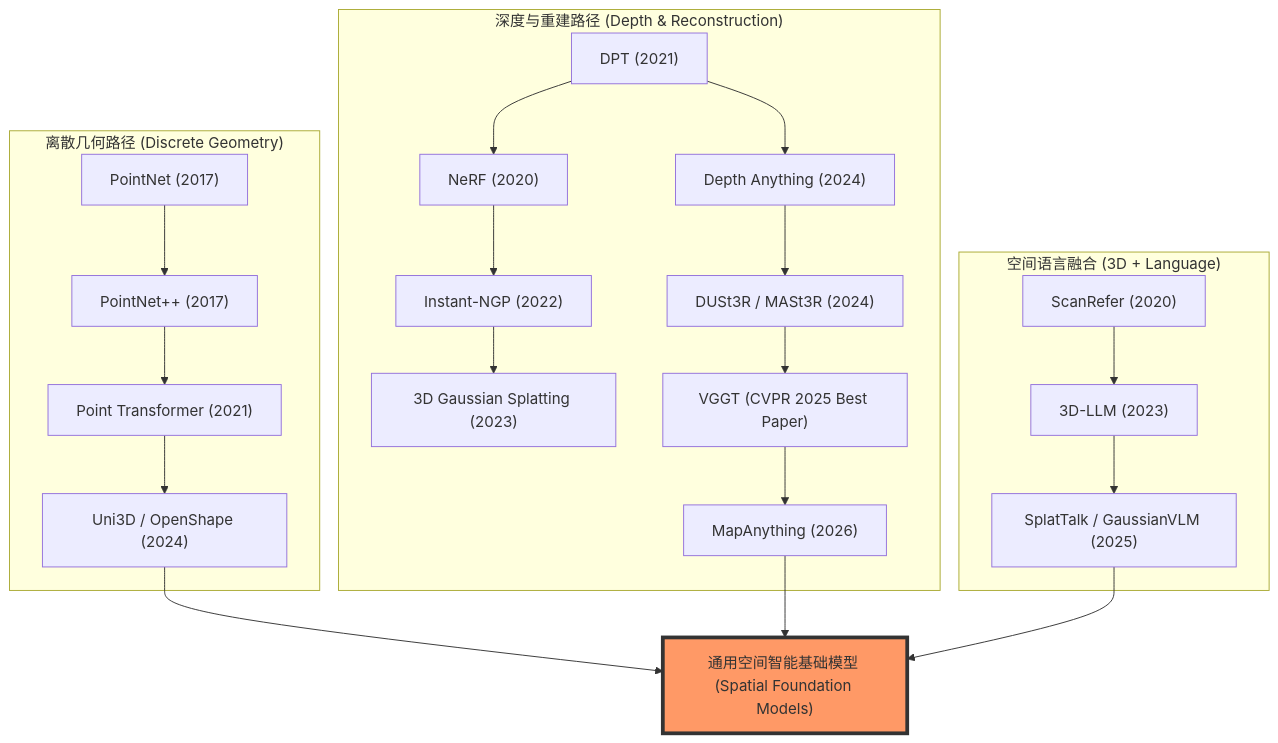
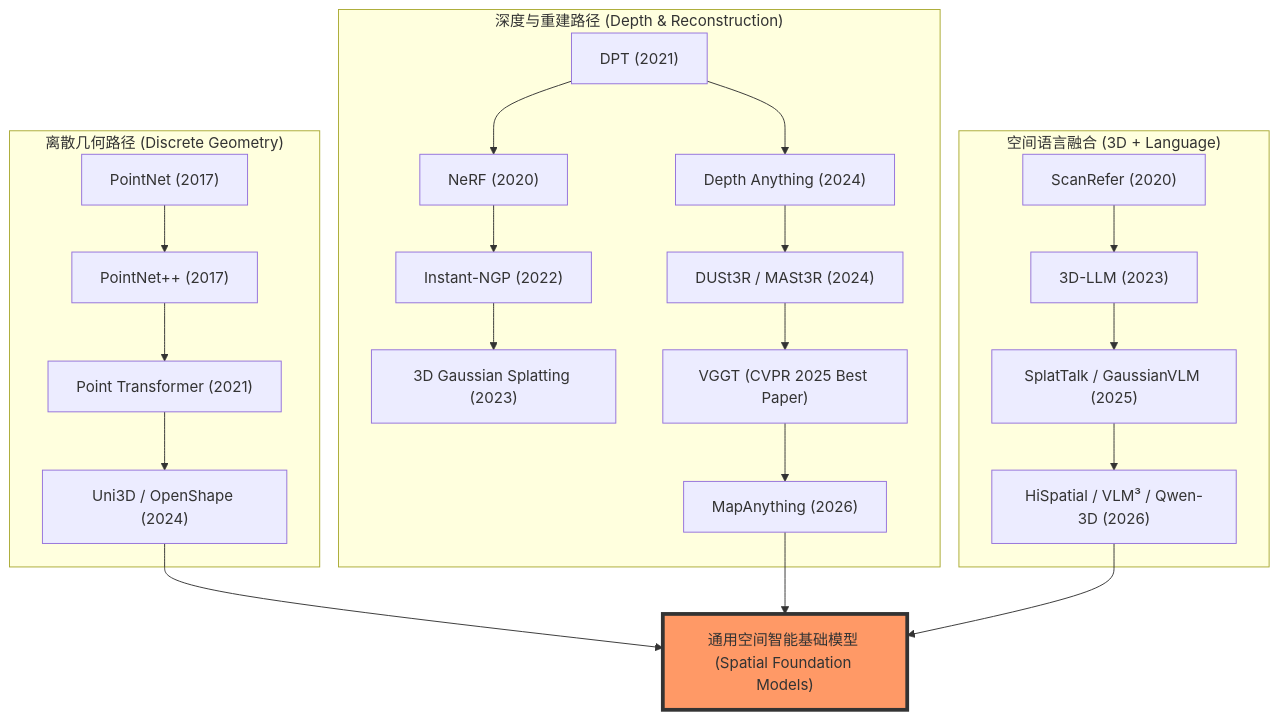
The first of 9 diagrams in _posts/research/2026-04-29-Spatial-Intelligence-Survey.md (TingdeLiu/tingdeliu.github.io), drawn with Mermaid before and after one commit. The commit also changed other lines of this file, not shown here.

Commit message:
docs: optimize TOC heading levels, update 2026 spatial intelligence trends, and add Spatial VLM benchmarks

````diff
--- a/_posts/research/2026-04-29-Spatial-Intelligence-Survey.md
+++ b/_posts/research/2026-04-29-Spatial-Intelligence-Survey.md
@@ -85,31 +85,32 @@
 ```mermaid
 graph TD
     %% 路径 1: 点云/离散几何
     subgraph Path_Point ["离散几何路径 (Discrete Geometry)"]
         P1["PointNet (2017)"] --> P2["PointNet++ (2017)"]
         P2 --> P3["Point Transformer (2021)"]
         P3 --> P4["Uni3D / OpenShape (2024)"]
     end
 
     %% 路径 2: 深度/重建
     subgraph Path_Recon ["深度与重建路径 (Depth & Reconstruction)"]
         R1["DPT (2021)"] --> R2["Depth Anything (2024)"]
         R1 --> R3["NeRF (2020)"]
         R3 --> R4["Instant-NGP (2022)"]
         R4 --> R5["3D Gaussian Splatting (2023)"]
         R2 --> R6["DUSt3R / MASt3R (2024)"]
         R6 --> R7["VGGT (CVPR 2025 Best Paper)"]
         R7 --> R8["MapAnything (2026)"]
     end
 
     %% 路径 3: 空间语言模型
     subgraph Path_Lang ["空间语言融合 (3D + Language)"]
         L1["ScanRefer (2020)"] --> L2["3D-LLM (2023)"]
         L2 --> L3["SplatTalk / GaussianVLM (2025)"]
+        L3 --> L4["HiSpatial / VLM³ / Qwen-3D (2026)"]
     end
 
     %% 汇聚点
-    P4 & R8 & L3 --> F["通用空间智能基础模型 (Spatial Foundation Models)"]
+    P4 & R8 & L4 --> F["通用空间智能基础模型 (Spatial Foundation Models)"]
 
     style F fill:#f96,stroke:#333,stroke-width:4px
 ```
````
